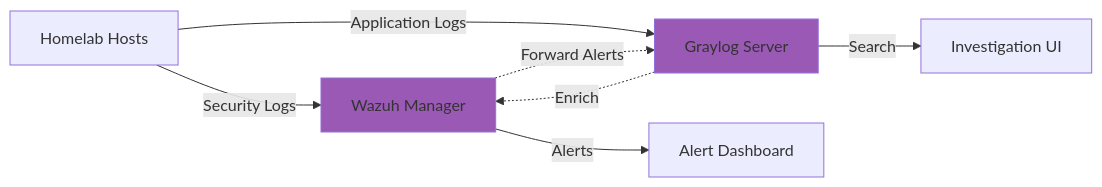
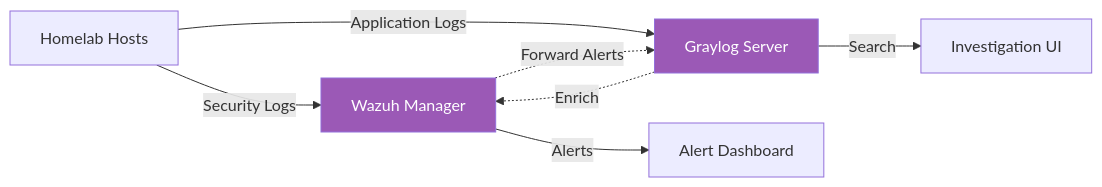
Before and after one commit to williamzujkowski/williamzujkowski.github.io: the third of 3 diagrams in src/posts/2025-11-05-siem-homelab-wazuh-graylog-comparison.md, drawn with Mermaid. The commit also changed other lines of this file and 40 other files, not shown here.

First line of the commit message:
fix(blog): add explicit text color to all mermaid classDef/style (#171)

````diff
--- a/src/posts/2025-11-05-siem-homelab-wazuh-graylog-comparison.md
+++ b/src/posts/2025-11-05-siem-homelab-wazuh-graylog-comparison.md
@@ -338,14 +338,14 @@
 ```mermaid
 flowchart LR
     Hosts[Homelab Hosts] -->|Security Logs| Wazuh[Wazuh Manager]
     Hosts -->|Application Logs| Graylog[Graylog Server]
 
     Wazuh -->|Alerts| Alerts[Alert Dashboard]
     Graylog -->|Search| Investigate[Investigation UI]
 
     Wazuh -.->|Forward Alerts| Graylog
     Graylog -.->|Enrich| Wazuh
 
-    classDef hybrid fill:#9b59b6
+    classDef hybrid fill:#9b59b6,color:#fff
     class Wazuh,Graylog hybrid
 ```
````
